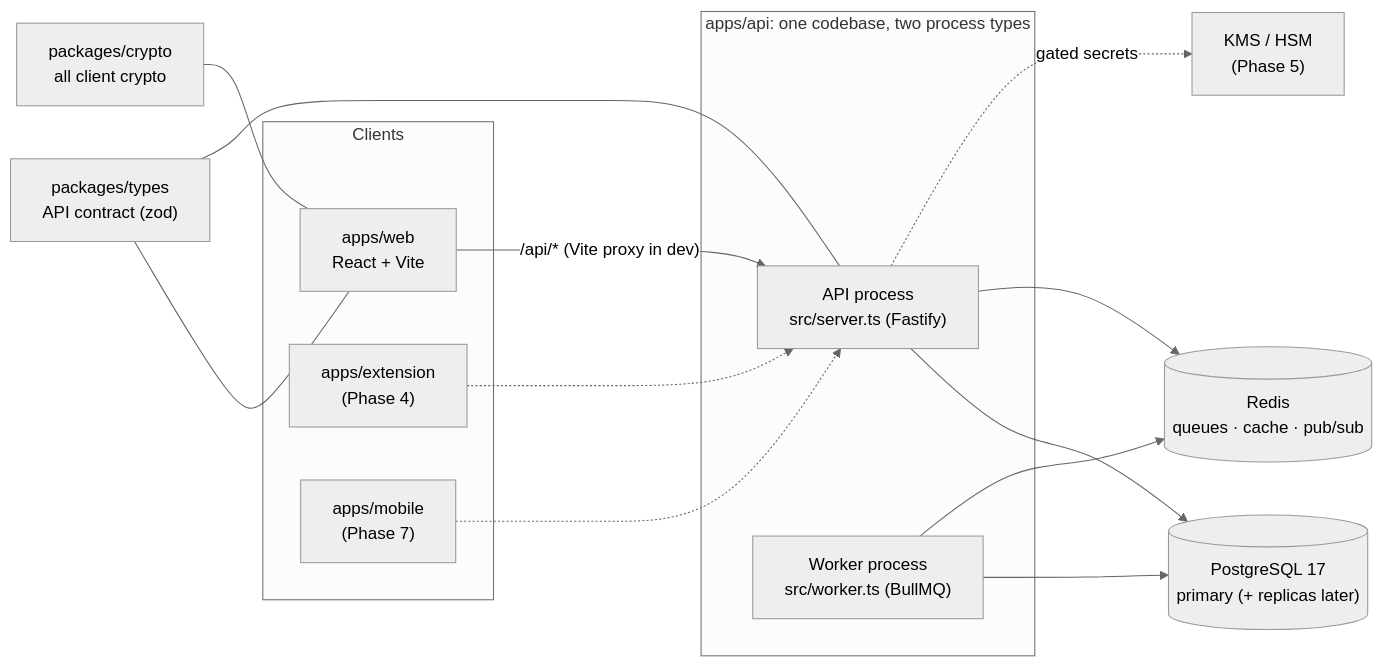
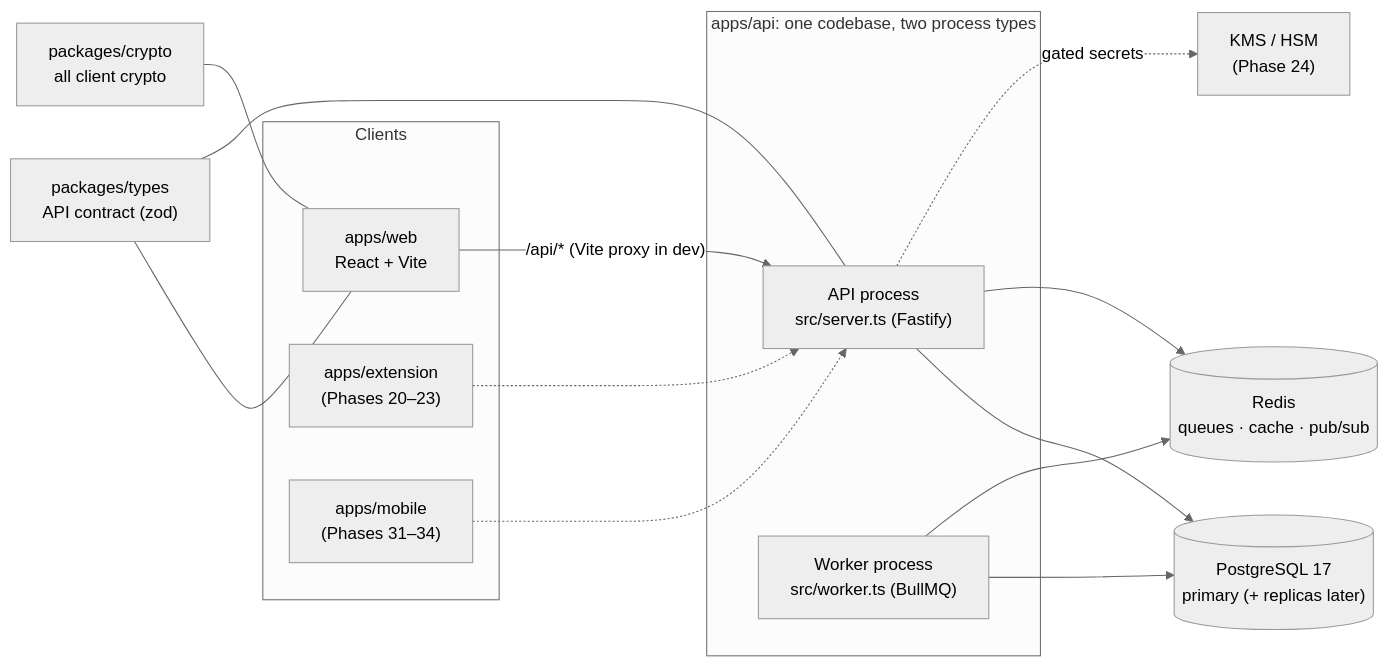
Before and after one commit to TheRealBastioul/KistaKey: the first of 3 diagrams in ARCHITECTURE.md, drawn with Mermaid (neutral theme). The commit also changed other lines of this file and 321 other files, not shown here.

````diff
--- a/ARCHITECTURE.md
+++ b/ARCHITECTURE.md
@@ -13,32 +13,32 @@
 ```mermaid
 flowchart LR
   subgraph clients[Clients]
     web["apps/web<br/>React + Vite"]
-    ext["apps/extension<br/>(Phase 4)"]
-    mob["apps/mobile<br/>(Phase 7)"]
+    ext["apps/extension<br/>(Phases 20–23)"]
+    mob["apps/mobile<br/>(Phases 31–34)"]
   end
 
   subgraph backend[apps/api: one codebase, two process types]
     api["API process<br/>src/server.ts (Fastify)"]
     worker["Worker process<br/>src/worker.ts (BullMQ)"]
   end
 
   pg[("PostgreSQL 17<br/>primary (+ replicas later)")]
   redis[("Redis<br/>queues · cache · pub/sub")]
-  kms["KMS / HSM<br/>(Phase 5)"]
+  kms["KMS / HSM<br/>(Phase 24)"]
 
   web -- "/api/* (Vite proxy in dev)" --> api
   ext -.-> api
   mob -.-> api
   api --> pg
   api --> redis
   worker --> pg
   worker --> redis
   api -. "gated secrets" .-> kms
 
   types["packages/types<br/>API contract (zod)"]
   crypto["packages/crypto<br/>all client crypto"]
   types --- web
   types --- api
   crypto --- web
 ```
````
